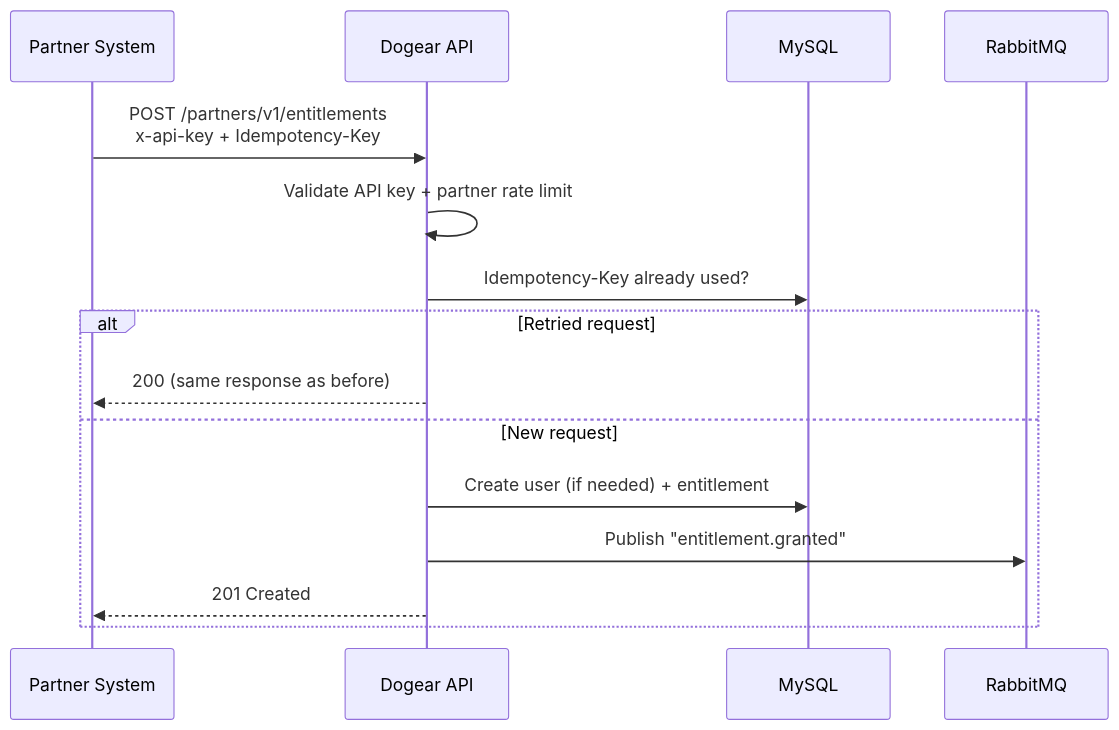
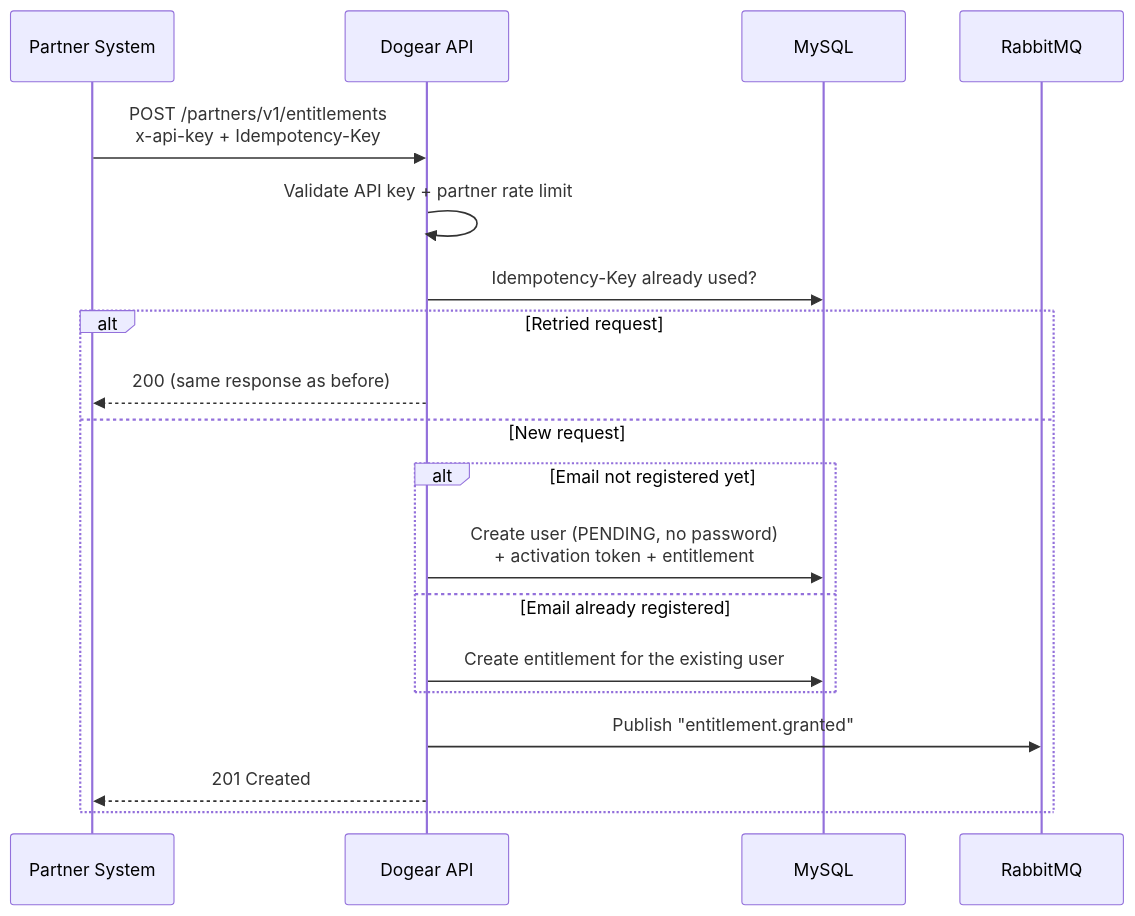
The first of 4 diagrams in README.md (JoaoVitorOli/dogear), drawn with Mermaid before and after one commit. The commit also changed other lines of this file, not shown here.

Commit message:
feat: update README with user activation flow and clarify user roles

````diff
--- a/README.md
+++ b/README.md
@@ -23,18 +25,22 @@
 ```mermaid
 sequenceDiagram
     participant P as Partner System
     participant API as Dogear API
     participant SQL as MySQL
     participant MQ as RabbitMQ
 
     P->>API: POST /partners/v1/entitlements<br/>x-api-key + Idempotency-Key
     API->>API: Validate API key + partner rate limit
     API->>SQL: Idempotency-Key already used?
     alt Retried request
         API-->>P: 200 (same response as before)
     else New request
-        API->>SQL: Create user (if needed) + entitlement
+        alt Email not registered yet
+            API->>SQL: Create user (PENDING, no password)<br/>+ activation token + entitlement
+        else Email already registered
+            API->>SQL: Create entitlement for the existing user
+        end
         API->>MQ: Publish "entitlement.granted"
         API-->>P: 201 Created
     end
 ```
````
